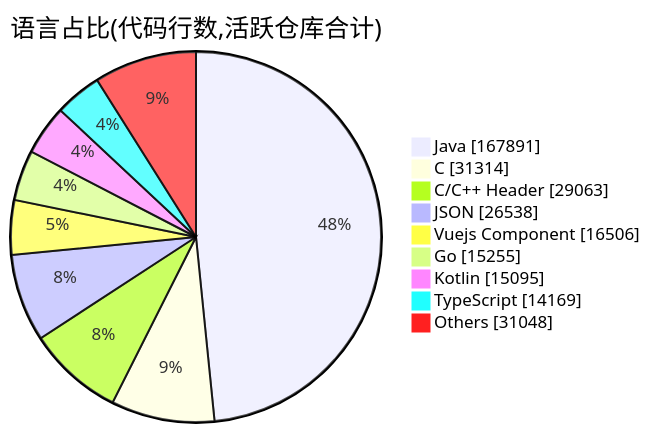
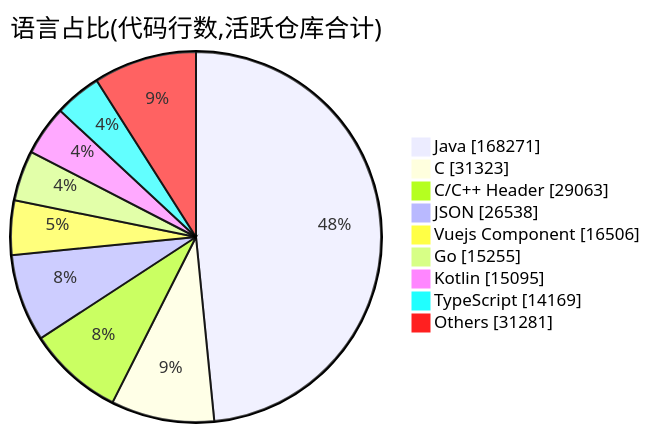
One commit to Conflux-Union/.github changed the second of 2 diagrams in profile/README.md. Above: the diagram before and after it, drawn with Mermaid. The commit also changed other lines of this file and 1 other file, not shown here.

````diff
--- a/profile/README.md
+++ b/profile/README.md
@@ -78,13 +78,13 @@
 ```mermaid
 pie showData
     title 语言占比(代码行数,活跃仓库合计)
-    "Java" : 167891
-    "C" : 31314
+    "Java" : 168271
+    "C" : 31323
     "C/C++ Header" : 29063
     "JSON" : 26538
     "Vuejs Component" : 16506
     "Go" : 15255
     "Kotlin" : 15095
     "TypeScript" : 14169
-    "Others" : 31048
+    "Others" : 31281
 ```
````
